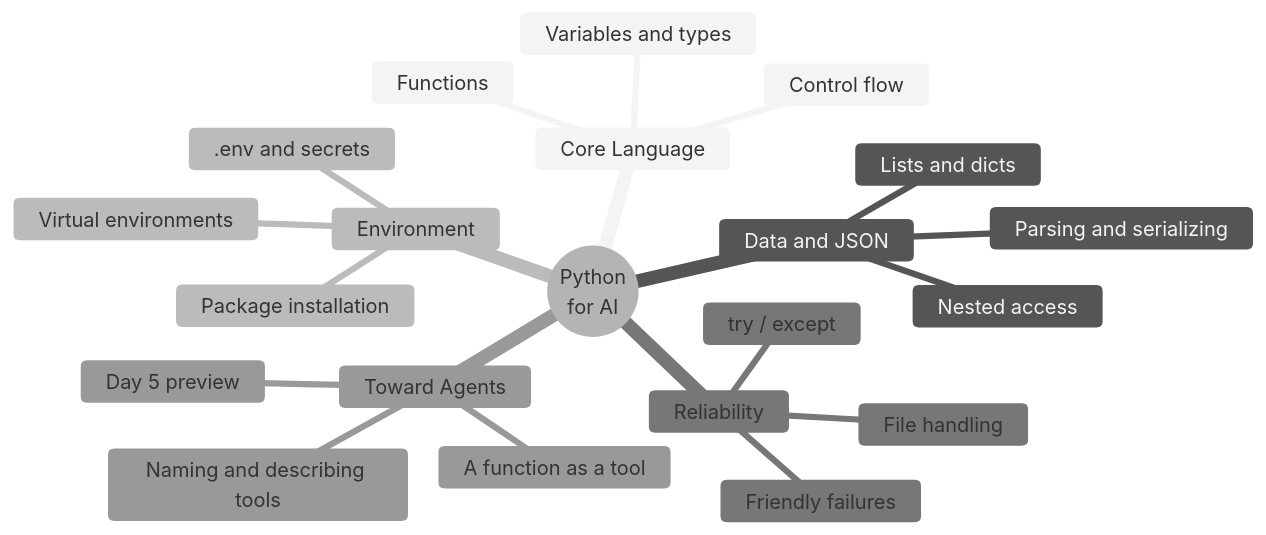
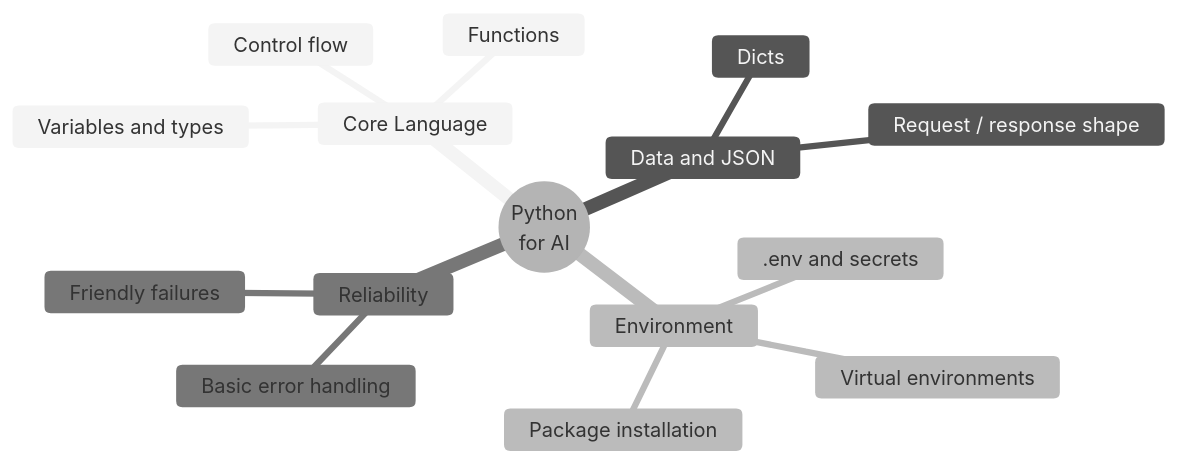
Before and after one commit to ramanujds/kpil-ai-fde: the first of 2 diagrams in session-01/python-for-ai/README.md, drawn with Mermaid (neutral theme). The commit also changed other lines of this file and 11 other files, not shown here.

````diff
--- a/session-01/python-for-ai/README.md
+++ b/session-01/python-for-ai/README.md
@@ -27,24 +29,18 @@
 ```mermaid
 mindmap
   root((Python<br/>for AI))
     Core Language
       Variables and types
       Functions
       Control flow
     Data and JSON
-      Lists and dicts
-      Nested access
-      Parsing and serializing
+      Dicts
+      Request / response shape
     Environment
       Virtual environments
       Package installation
       .env and secrets
     Reliability
-      File handling
-      try / except
+      Basic error handling
       Friendly failures
-    Toward Agents
-      A function as a tool
-      Naming and describing tools
-      Day 5 preview
 ```
````
